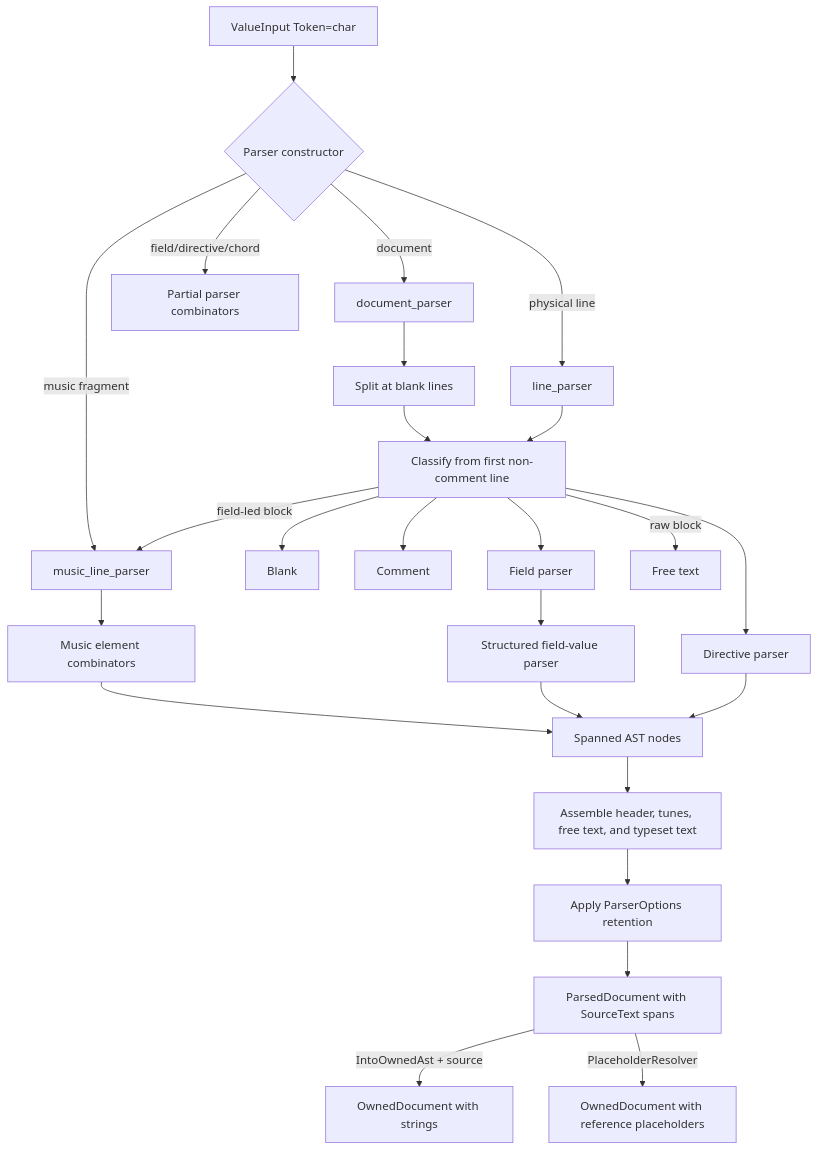
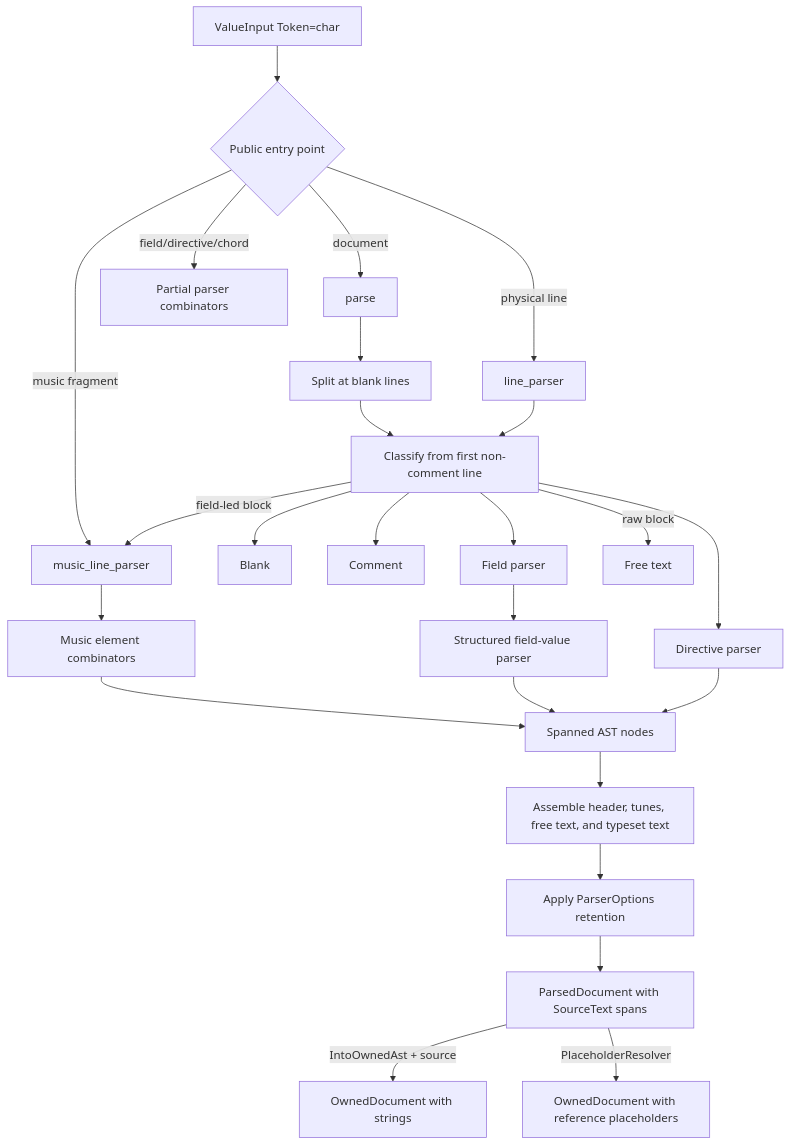
Before and after one commit to mauricebarnum/abc-parser: the first of 4 diagrams in docs/architecture.md, drawn with Mermaid. The commit also changed other lines of this file and 12 other files, not shown here.

````diff
--- a/docs/architecture.md
+++ b/docs/architecture.md
@@ -34,27 +25,27 @@
 ```mermaid
 flowchart TD
-    source["ValueInput Token=char"] --> entry{Parser constructor}
-    entry -->|document| recovering[document_parser]
+    source["ValueInput Token=char"] --> entry{Public entry point}
+    entry -->|document| recovering[parse]
     entry -->|physical line| line[line_parser]
     entry -->|music fragment| music[music_line_parser]
     entry -->|field/directive/chord| partial[Partial parser combinators]
     recovering --> split[Split at blank lines]
     split --> classify[Classify from first non-comment line]
     line --> classify
     classify --> blank[Blank]
     classify --> comment[Comment]
     classify --> directive[Directive parser]
     classify --> field[Field parser]
     classify -->|field-led block| music
     classify -->|raw block| free[Free text]
     field --> field_value[Structured field-value parser]
     music --> elements[Music element combinators]
     elements --> ast[Spanned AST nodes]
     field_value --> ast
     directive --> ast
     ast --> ordered[Assemble header, tunes, free text, and typeset text]
     ordered --> filter[Apply ParserOptions retention]
     filter --> parsed[ParsedDocument with SourceText spans]
     parsed -->|IntoOwnedAst + source| owned[OwnedDocument with strings]
     parsed -->|PlaceholderResolver| detached[OwnedDocument with reference placeholders]
 ```
````
